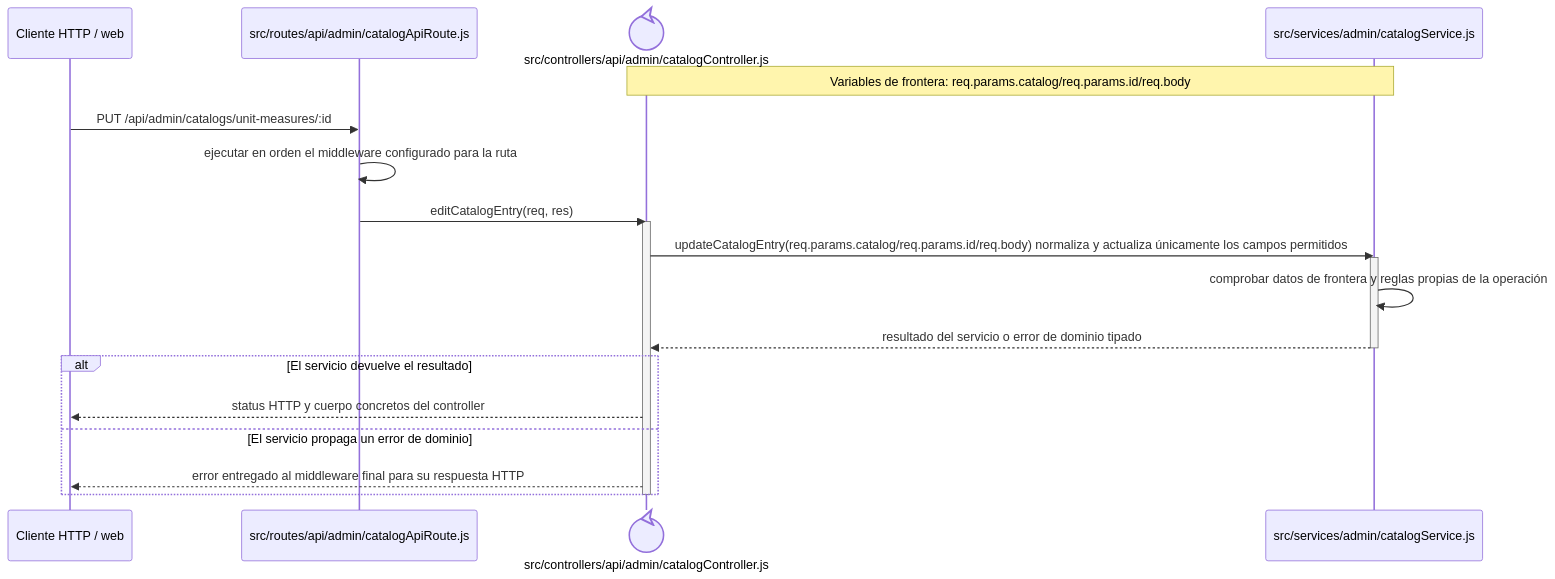
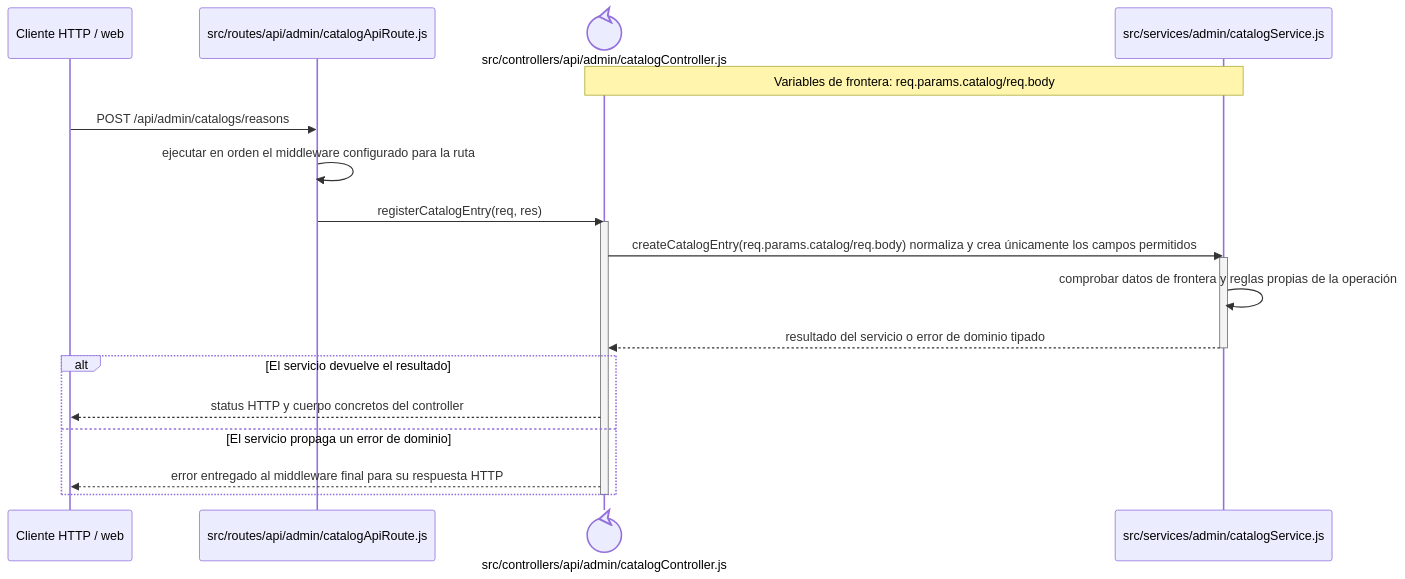
The diagram in docs/architecture/backend-code-sequences/catalogs/cu-cat-38.md (gpgsistemas01/nexus), drawn with Mermaid before and after one commit. The commit also changed other lines of this file and 207 other files, not shown here.

````diff
--- a/docs/architecture/backend-code-sequences/catalogs/cu-cat-38.md
+++ b/docs/architecture/backend-code-sequences/catalogs/cu-cat-38.md
@@ -6,24 +6,24 @@
 ```mermaid
 sequenceDiagram
     participant Client as Cliente HTTP / web
     participant Route as src/routes/api/admin/catalogApiRoute.js
     participant Controller@{ "type": "control" } as src/controllers/api/admin/catalogController.js
     participant Domain as src/services/admin/catalogService.js
-    Note over Controller,Domain: Variables de frontera: req.params.catalog/req.params.id/req.body
+    Note over Controller,Domain: Variables de frontera: req.params.catalog/req.body
 
-    Client->>Route: PUT /api/admin/catalogs/unit-measures/:id
+    Client->>Route: POST /api/admin/catalogs/reasons
     Route->>Route: ejecutar en orden el middleware configurado para la ruta
-    Route->>Controller: editCatalogEntry(req, res)
+    Route->>Controller: registerCatalogEntry(req, res)
     activate Controller
-    Controller->>Domain: updateCatalogEntry(req.params.catalog/req.params.id/req.body) normaliza y actualiza únicamente los campos permitidos
+    Controller->>Domain: createCatalogEntry(req.params.catalog/req.body) normaliza y crea únicamente los campos permitidos
     activate Domain
     Domain->>Domain: comprobar datos de frontera y reglas propias de la operación
     Domain-->>Controller: resultado del servicio o error de dominio tipado
     deactivate Domain
     alt El servicio devuelve el resultado
         Controller-->>Client: status HTTP y cuerpo concretos del controller
     else El servicio propaga un error de dominio
         Controller-->>Client: error entregado al middleware final para su respuesta HTTP
     end
     deactivate Controller
 ```
````
